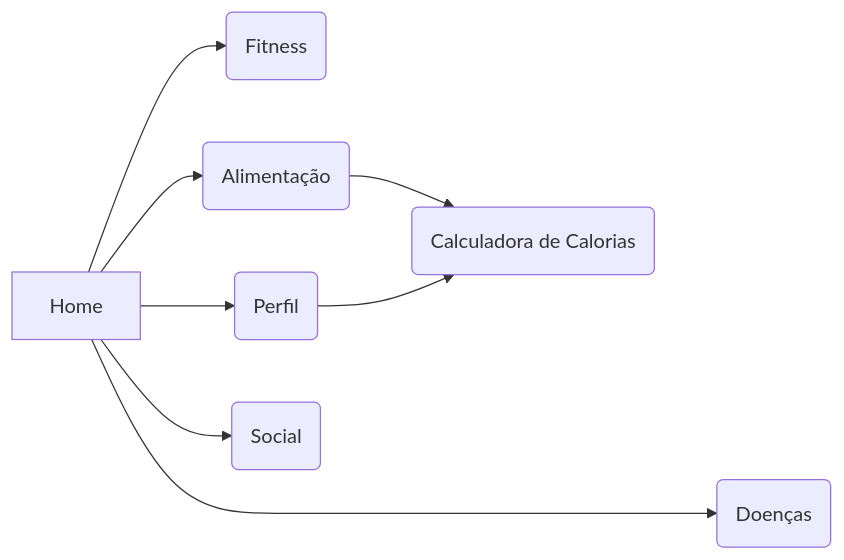
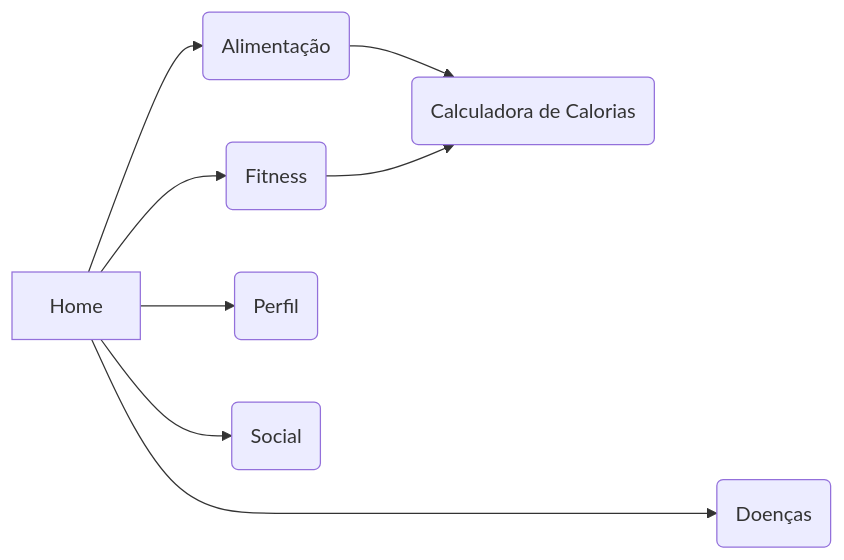
Before and after one commit to JP1005YT/TCC-DS-DEPRECAD: the diagram in README.md, drawn with Mermaid.

````diff
--- a/README.md
+++ b/README.md
@@ -9,10 +9,10 @@
 ```mermaid
     graph LR
     A[Home] ----> B(Doenças)
     A --> C(Fitness)
     A --> D(Alimentação)
     D --> E(Calculadora de Calorias)
     A --> F(Perfil)
-    F --> E
+    C --> E
     A --> G(Social)
 ```
````
